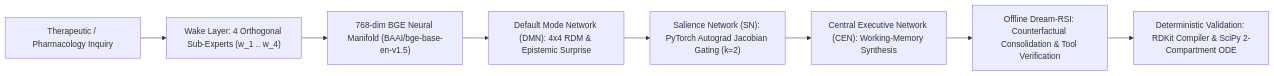
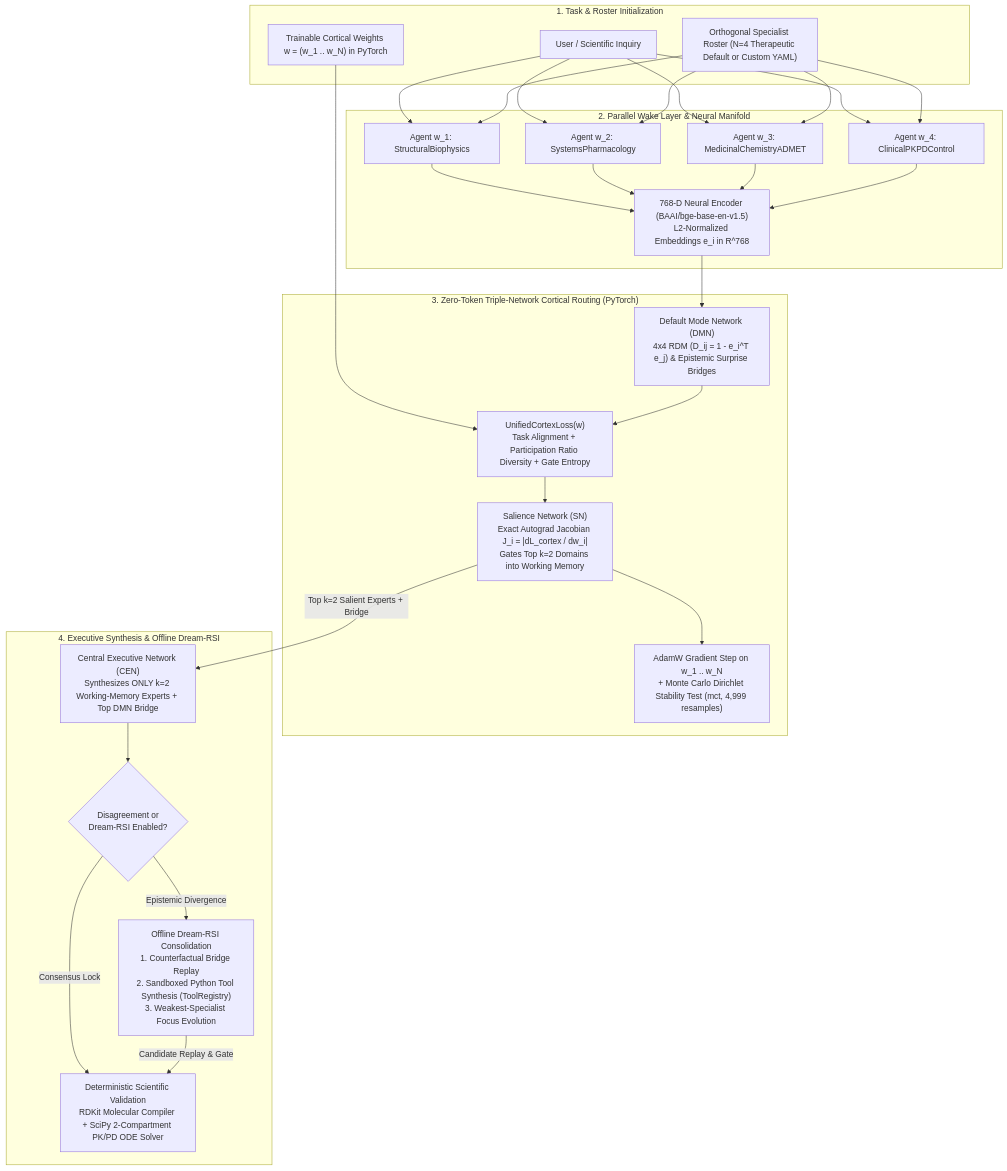
The diagram in README.md (prannesshkva/Ael-Agents), drawn with Mermaid before and after one commit. The commit also changed other lines of this file, not shown here.

Commit message:
docs: position Ael-Agents for Agentic AI engineers and researchers with full flowchart and developer guide

````diff
--- a/README.md
+++ b/README.md
@@ -21,10 +43,44 @@
 ```mermaid
-flowchart LR
-    Q["Therapeutic / Pharmacology Inquiry"] --> W["Wake Layer: 4 Orthogonal Sub-Experts (w_1 .. w_4)"]
-    W --> E["768-dim BGE Neural Manifold (BAAI/bge-base-en-v1.5)"]
-    E --> DMN["Default Mode Network (DMN): 4x4 RDM & Epistemic Surprise"]
-    DMN --> SN["Salience Network (SN): PyTorch Autograd Jacobian Gating (k=2)"]
-    SN --> CEN["Central Executive Network (CEN): Working-Memory Synthesis"]
-    CEN --> DREAM["Offline Dream-RSI: Counterfactual Consolidation & Tool Verification"]
-    DREAM --> VAL["Deterministic Validation: RDKit Compiler & SciPy 2-Compartment ODE"]
+flowchart TB
+    subgraph INPUT["1. Task & Roster Initialization"]
+        Q["User / Scientific Inquiry"]
+        R["Orthogonal Specialist Roster (N=4 Therapeutic Default or Custom YAML)"]
+        W["Trainable Cortical Weights w = (w_1 .. w_N) in PyTorch"]
+    end
+
+    subgraph WAKE["2. Parallel Wake Layer & Neural Manifold"]
+        A1["Agent w_1: StructuralBiophysics"]
+        A2["Agent w_2: SystemsPharmacology"]
+        A3["Agent w_3: MedicinalChemistryADMET"]
+        A4["Agent w_4: ClinicalPKPDControl"]
+        ENC["768-D Neural Encoder (BAAI/bge-base-en-v1.5)\nL2-Normalized Embeddings e_i in R^768"]
+    end
+
+    subgraph CORTEX["3. Zero-Token Triple-Network Cortical Routing (PyTorch)"]
+        DMN["Default Mode Network (DMN)\n4x4 RDM (D_ij = 1 - e_i^T e_j) & Epistemic Surprise Bridges"]
+        LOSS["UnifiedCortexLoss(w)\nTask Alignment + Participation Ratio Diversity + Gate Entropy"]
+        SN["Salience Network (SN)\nExact Autograd Jacobian J_i = |dL_cortex / dw_i|\nGates Top k=2 Domains into Working Memory"]
+        OPT["AdamW Gradient Step on w_1 .. w_N\n+ Monte Carlo Dirichlet Stability Test (mct, 4,999 resamples)"]
+    end
+
+    subgraph EXEC["4. Executive Synthesis & Offline Dream-RSI"]
+        CEN["Central Executive Network (CEN)\nSynthesizes ONLY k=2 Working-Memory Experts + Top DMN Bridge"]
+        GATE{"Disagreement or\nDream-RSI Enabled?"}
+        DREAM["Offline Dream-RSI Consolidation\n1. Counterfactual Bridge Replay\n2. Sandboxed Python Tool Synthesis (ToolRegistry)\n3. Weakest-Specialist Focus Evolution"]
+        VAL["Deterministic Scientific Validation\nRDKit Molecular Compiler + SciPy 2-Compartment PK/PD ODE Solver"]
+    end
+
+    Q --> A1 & A2 & A3 & A4
+    R --> A1 & A2 & A3 & A4
+    A1 & A2 & A3 & A4 --> ENC
+    ENC --> DMN
+    W --> LOSS
+    DMN --> LOSS
+    LOSS --> SN
+    SN --> OPT
+    SN -->|"Top k=2 Salient Experts + Bridge"| CEN
+    CEN --> GATE
+    GATE -->|"Consensus Lock"| VAL
+    GATE -->|"Epistemic Divergence"| DREAM
+    DREAM -->|"Candidate Replay & Gate"| VAL
 ```
````
